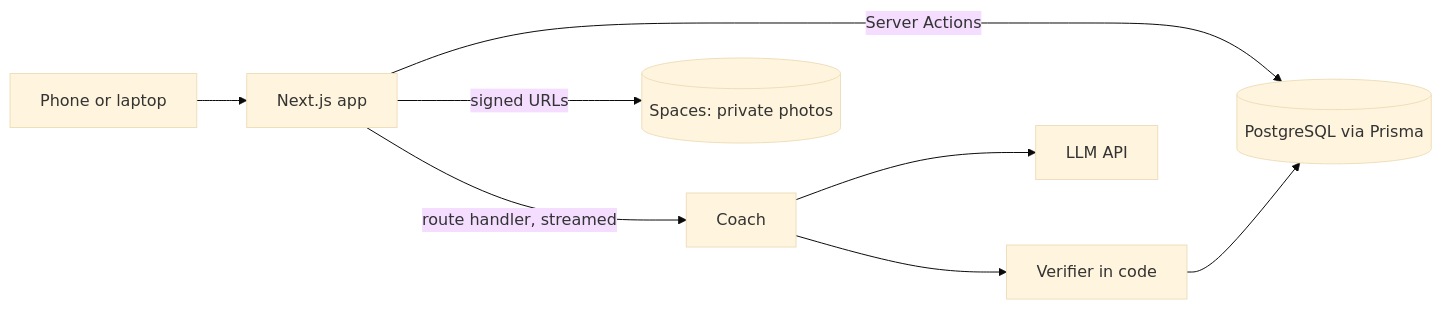
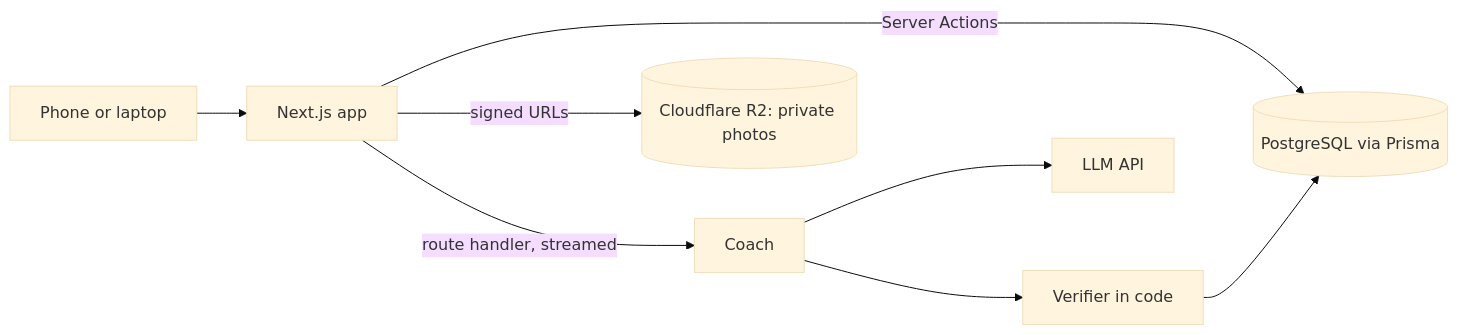
The diagram in docs/ARCHITECTURE.md (harunm1/FitnessCoach), drawn with Mermaid (base theme) before and after one commit. The commit also changed other lines of this file and 3 other files, not shown here.

````diff
--- a/docs/ARCHITECTURE.md
+++ b/docs/ARCHITECTURE.md
@@ -15,10 +15,10 @@
 ```mermaid
 flowchart LR
   U[Phone or laptop] --> N[Next.js app]
   N -->|Server Actions| DB[(PostgreSQL via Prisma)]
-  N -->|signed URLs| S[(Spaces: private photos)]
+  N -->|signed URLs| S[(Cloudflare R2: private photos)]
   N -->|route handler, streamed| C[Coach]
   C --> L[LLM API]
   C --> V[Verifier in code]
   V --> DB
 ```
````
